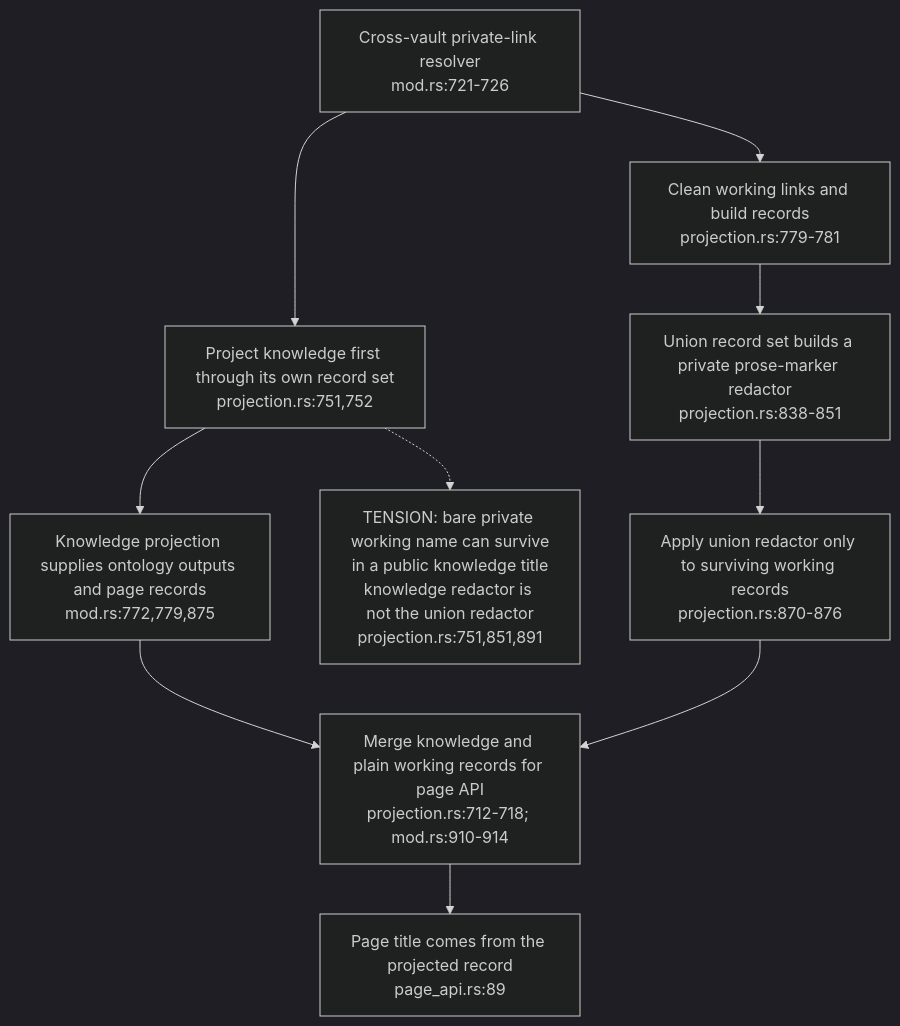
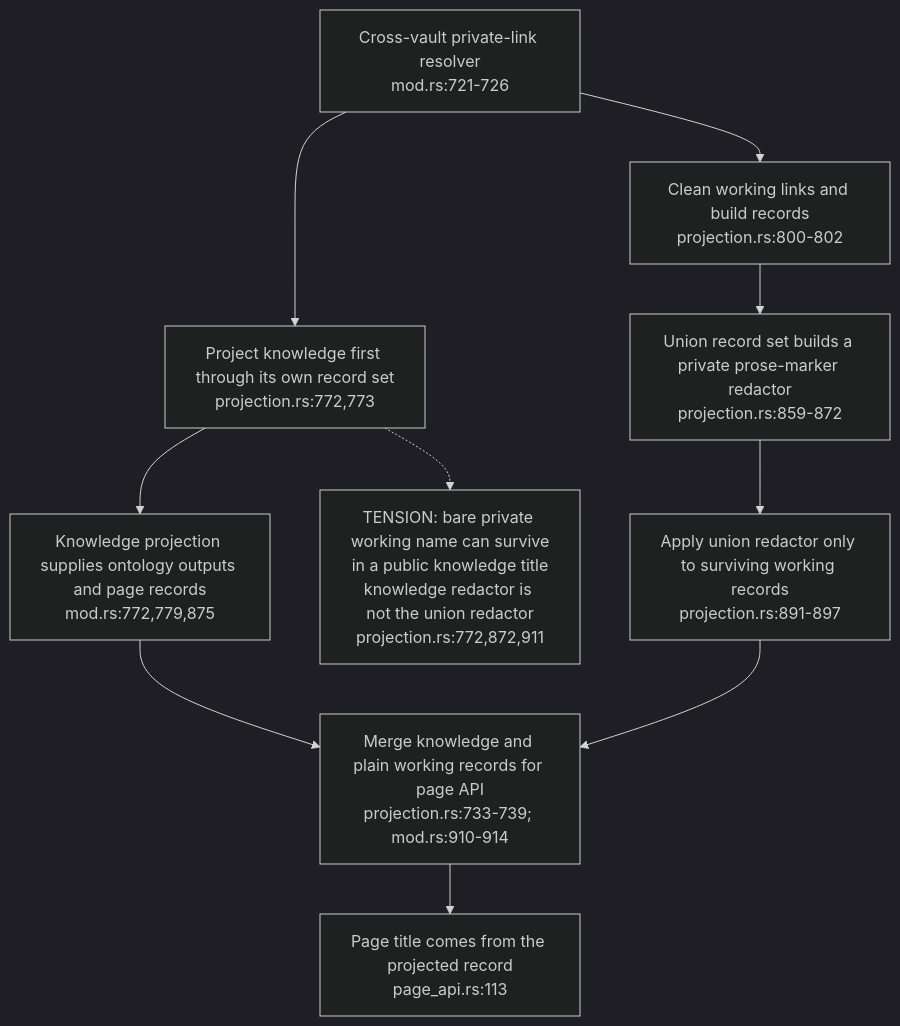
The second of 3 diagrams in docs/diagrams/ontomark/11-machine-bundle-identity-and-disclosure.md (DreamLab-AI/VisionFlow), drawn with Mermaid (dark theme) before and after one commit. The commit also changed other lines of this file and 70 other files, not shown here.

First line of the commit message:
docs(diagrams): re-verify 69 topics at current default-branch heads

````diff
--- a/docs/diagrams/ontomark/11-machine-bundle-identity-and-disclosure.md
+++ b/docs/diagrams/ontomark/11-machine-bundle-identity-and-disclosure.md
@@ -46,12 +46,12 @@
 ```mermaid
 flowchart TD
-    LINKS["Cross-vault private-link resolver<br/>mod.rs:721-726"] --> K["Project knowledge first through its own record set<br/>projection.rs:751,752"]
+    LINKS["Cross-vault private-link resolver<br/>mod.rs:721-726"] --> K["Project knowledge first through its own record set<br/>projection.rs:772,773"]
     K --> KP["Knowledge projection supplies ontology outputs and page records<br/>mod.rs:772,779,875"]
-    LINKS --> W["Clean working links and build records<br/>projection.rs:779-781"]
-    W --> UNION["Union record set builds a private prose-marker redactor<br/>projection.rs:838-851"]
-    UNION --> WP["Apply union redactor only to surviving working records<br/>projection.rs:870-876"]
-    KP --> API["Merge knowledge and plain working records for page API<br/>projection.rs:712-718; mod.rs:910-914"]
+    LINKS --> W["Clean working links and build records<br/>projection.rs:800-802"]
+    W --> UNION["Union record set builds a private prose-marker redactor<br/>projection.rs:859-872"]
+    UNION --> WP["Apply union redactor only to surviving working records<br/>projection.rs:891-897"]
+    KP --> API["Merge knowledge and plain working records for page API<br/>projection.rs:733-739; mod.rs:910-914"]
     WP --> API
-    API --> TITLE["Page title comes from the projected record<br/>page_api.rs:89"]
-    K -.-> GAP["TENSION: bare private working name can survive<br/>in a public knowledge title<br/>knowledge redactor is not the union redactor<br/>projection.rs:751,851,891"]
+    API --> TITLE["Page title comes from the projected record<br/>page_api.rs:113"]
+    K -.-> GAP["TENSION: bare private working name can survive<br/>in a public knowledge title<br/>knowledge redactor is not the union redactor<br/>projection.rs:772,872,911"]
 ```
````
